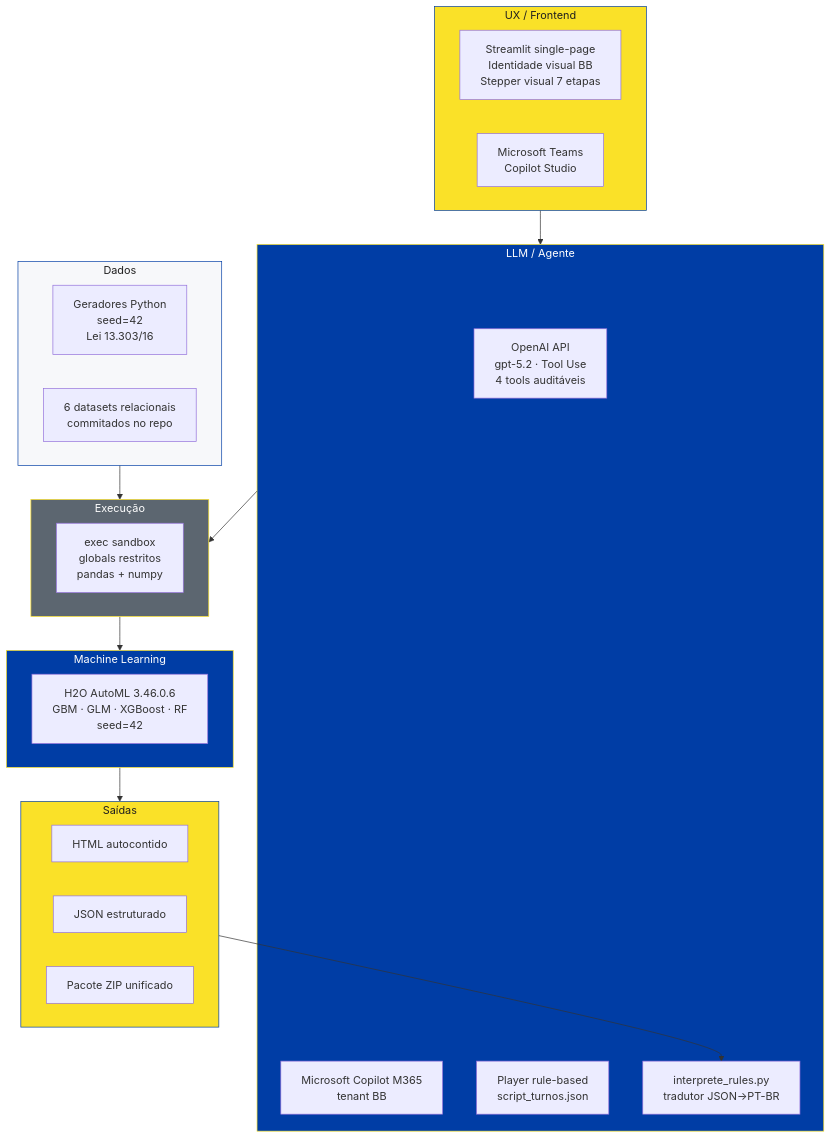
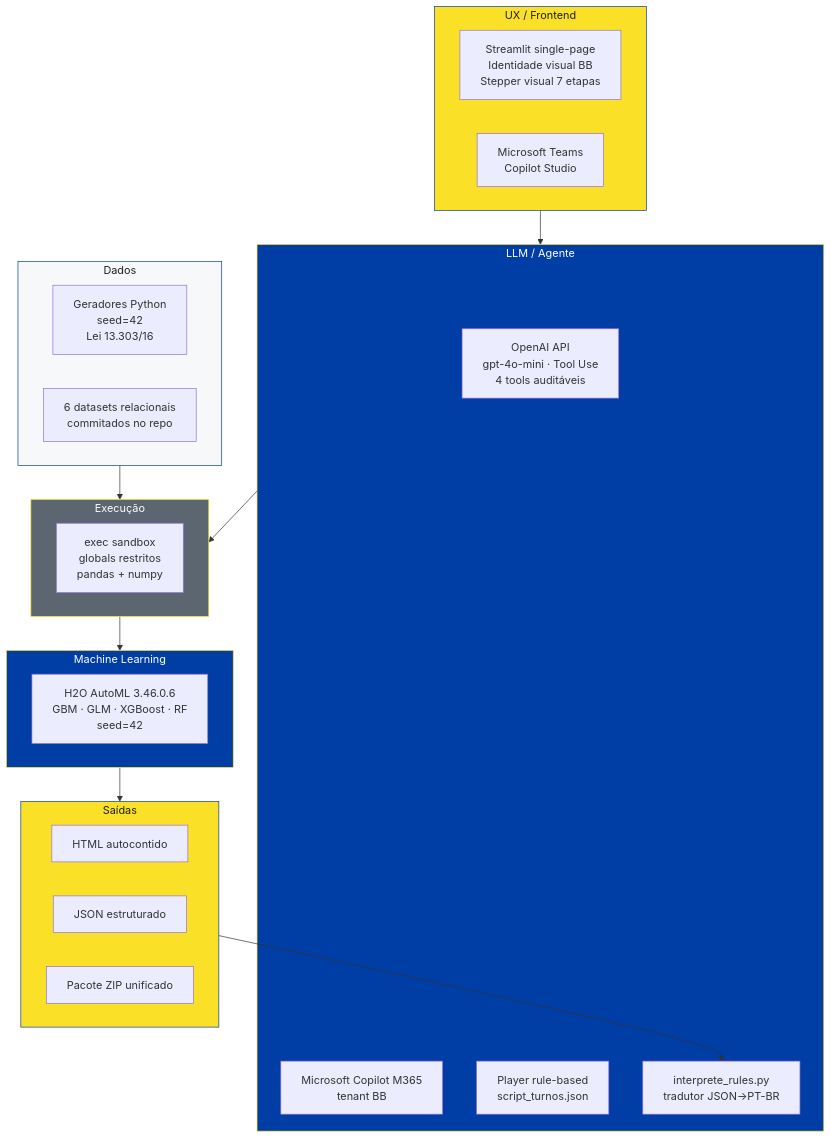
Before and after one commit to FranMarteen/hypercopa-disec-mvp: the fourth of 5 diagrams in docs/DIAGRAMAS.md, drawn with Mermaid. The commit also changed 36 other files, not shown here.

````diff
--- a/docs/DIAGRAMAS.md
+++ b/docs/DIAGRAMAS.md
@@ -145,47 +145,47 @@
 ```mermaid
 flowchart TB
     subgraph UI["UX / Frontend"]
         STREAMLIT[Streamlit single-page<br/>Identidade visual BB<br/>Stepper visual 7 etapas]
         TEAMS_UI[Microsoft Teams<br/>Copilot Studio]
     end
 
     subgraph LLM["LLM / Agente"]
-        OPENAI[OpenAI API<br/>gpt-5.2 · Tool Use<br/>4 tools auditáveis]
+        OPENAI[OpenAI API<br/>gpt-4o-mini · Tool Use<br/>4 tools auditáveis]
         COPILOT_LLM[Microsoft Copilot M365<br/>tenant BB]
         DEMO_PLAYER[Player rule-based<br/>script_turnos.json]
         RULES[interprete_rules.py<br/>tradutor JSON→PT-BR]
     end
 
     subgraph EXEC["Execução"]
         SANDBOX[exec sandbox<br/>globals restritos<br/>pandas + numpy]
     end
 
     subgraph ML["Machine Learning"]
         H2O_AML[H2O AutoML 3.46.0.6<br/>GBM · GLM · XGBoost · RF<br/>seed=42]
     end
 
     subgraph DATA["Dados"]
         SYNTH[Geradores Python<br/>seed=42<br/>Lei 13.303/16]
         CSV_DATA[6 datasets relacionais<br/>commitados no repo]
     end
 
     subgraph OUT["Saídas"]
         HTML[HTML autocontido]
         JSON_OUT[JSON estruturado]
         ZIP[Pacote ZIP unificado]
     end
 
     UI --> LLM
     LLM --> EXEC
     EXEC --> ML
     DATA --> EXEC
     ML --> OUT
     OUT --> RULES
 
     style UI fill:#FAE128,stroke:#003DA5,color:#1F1F1F
     style LLM fill:#003DA5,stroke:#FAE128,color:#FFFFFF
     style EXEC fill:#5C6670,stroke:#FAE128,color:#FFFFFF
     style ML fill:#003DA5,stroke:#FAE128,color:#FFFFFF
     style DATA fill:#F7F8FA,stroke:#003DA5,color:#1F1F1F
     style OUT fill:#FAE128,stroke:#003DA5,color:#1F1F1F
 ```
````
